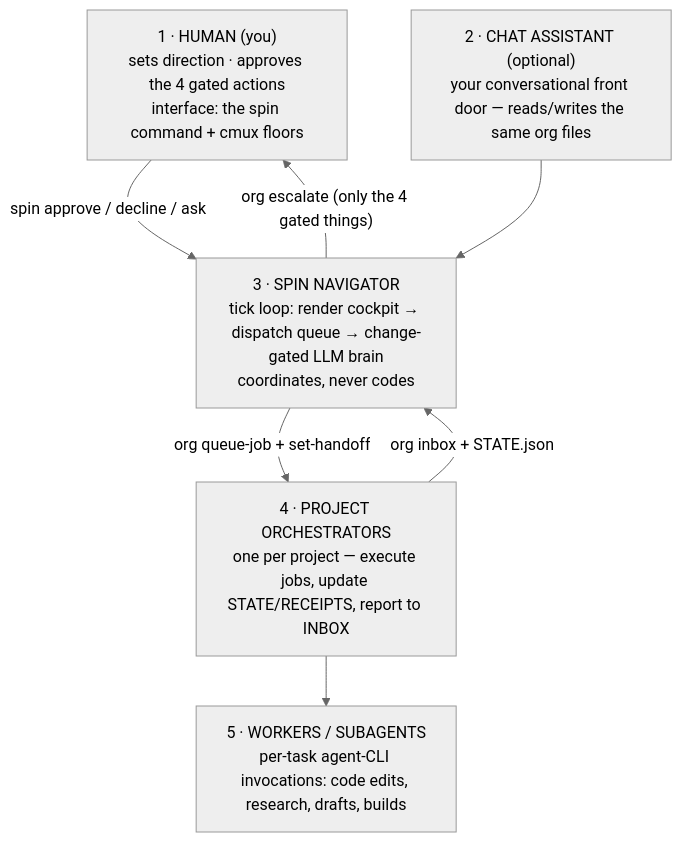
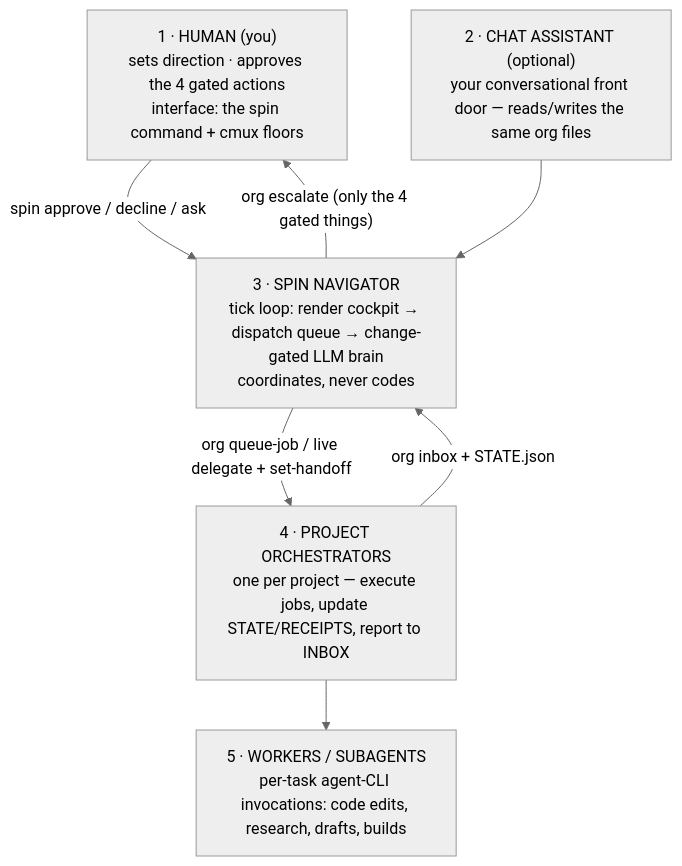
One commit to claudiaclawdbot/spin changed the diagram in README.md. Above: the diagram before and after it, drawn with Mermaid (neutral theme). The commit also changed other lines of this file and 31 other files, not shown here.

````diff
--- a/README.md
+++ b/README.md
@@ -108,14 +115,14 @@
 ```mermaid
 flowchart TD
     H["1 · HUMAN (you)<br/>sets direction · approves the 4 gated actions<br/>interface: the spin command + cmux floors"]
     C["2 · CHAT ASSISTANT (optional)<br/>your conversational front door — reads/writes the same org files"]
     W["3 · SPIN NAVIGATOR<br/>tick loop: render cockpit → dispatch queue → change-gated LLM brain<br/>coordinates, never codes"]
     P["4 · PROJECT ORCHESTRATORS<br/>one per project — execute jobs, update STATE/RECEIPTS, report to INBOX"]
     S["5 · WORKERS / SUBAGENTS<br/>per-task agent-CLI invocations: code edits, research, drafts, builds"]
     H -->|"spin approve / decline / ask"| W
     C --> W
-    W -->|"org queue-job + set-handoff"| P
+    W -->|"org queue-job / live delegate + set-handoff"| P
     P -->|"org inbox + STATE.json"| W
     P --> S
     W -->|"org escalate (only the 4 gated things)"| H
 ```
````
